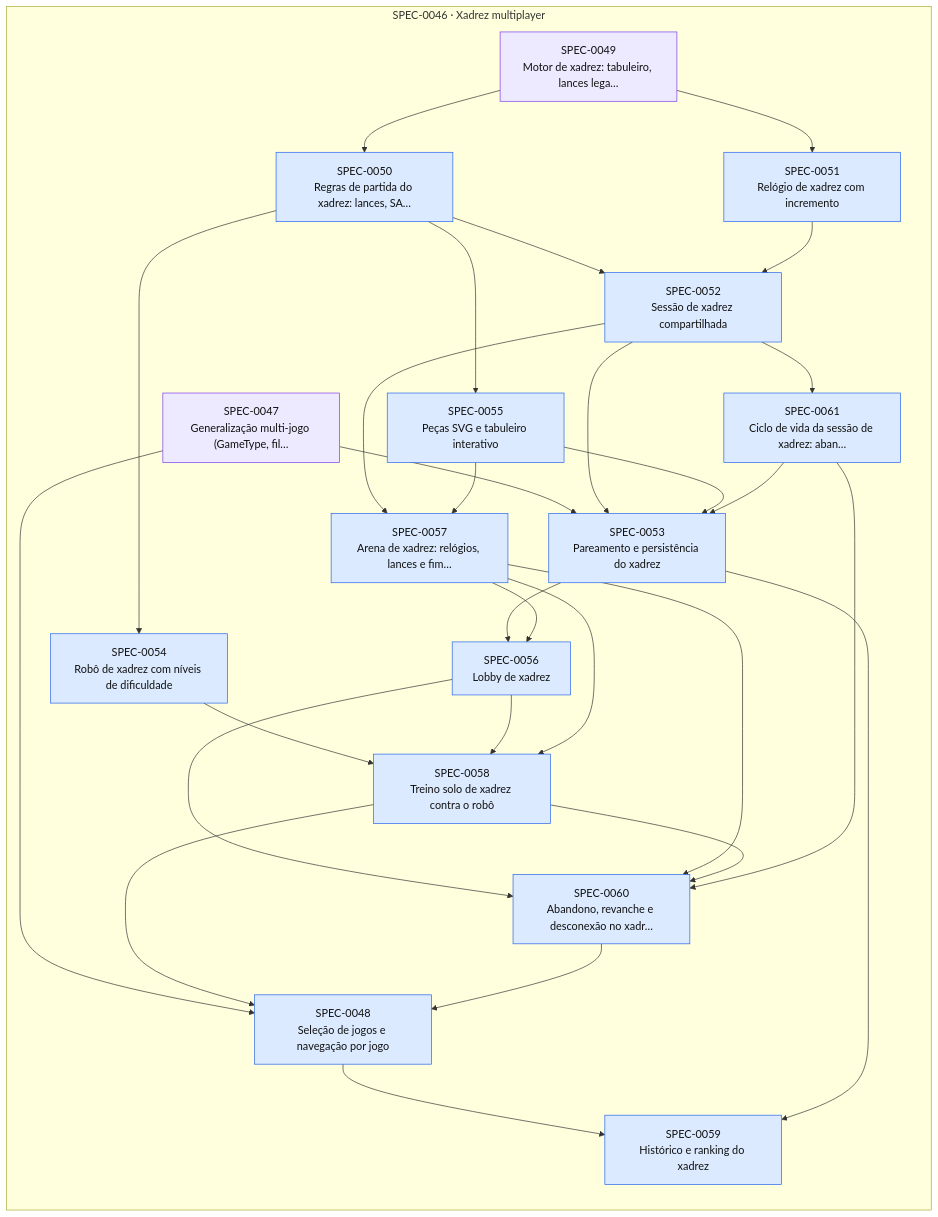
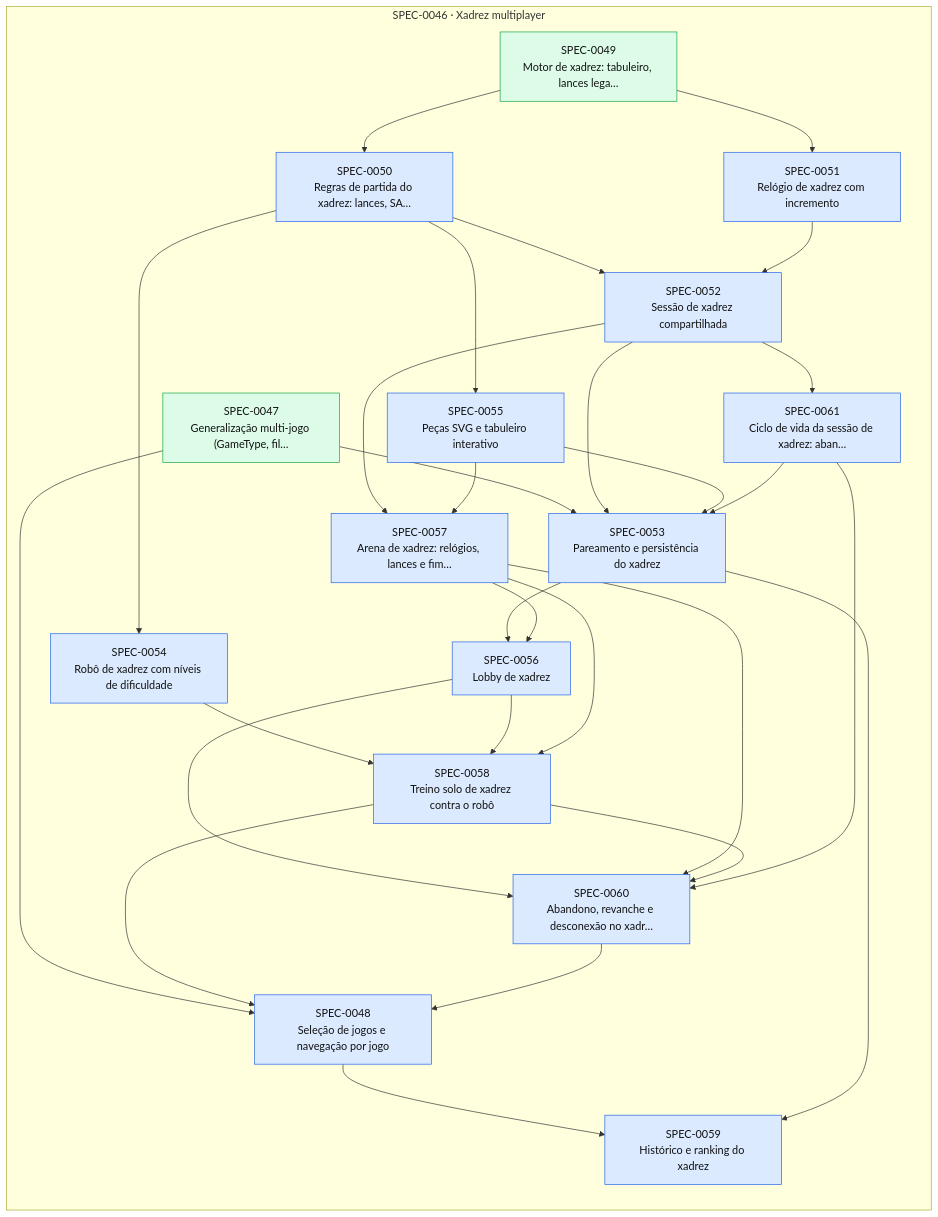
Before and after one commit to thomasravache/jogo-da-velha-multiplayer: the diagram in docs/specs/INDEX.md, drawn with Mermaid. The commit also changed other lines of this file and 3 other files, not shown here.

````diff
--- a/docs/specs/INDEX.md
+++ b/docs/specs/INDEX.md
@@ -51,52 +49,52 @@
 ```mermaid
 flowchart LR
   subgraph E0046["SPEC-0046 · Xadrez multiplayer"]
-    S0047["SPEC-0047<br/>Generalização multi-jogo (GameType, fil…"]:::inprogress
+    S0047["SPEC-0047<br/>Generalização multi-jogo (GameType, fil…"]:::implemented
     S0048["SPEC-0048<br/>Seleção de jogos e navegação por jogo"]:::approved
-    S0049["SPEC-0049<br/>Motor de xadrez: tabuleiro, lances lega…"]:::inprogress
+    S0049["SPEC-0049<br/>Motor de xadrez: tabuleiro, lances lega…"]:::implemented
     S0050["SPEC-0050<br/>Regras de partida do xadrez: lances, SA…"]:::approved
     S0051["SPEC-0051<br/>Relógio de xadrez com incremento"]:::approved
     S0052["SPEC-0052<br/>Sessão de xadrez compartilhada"]:::approved
     S0053["SPEC-0053<br/>Pareamento e persistência do xadrez"]:::approved
     S0054["SPEC-0054<br/>Robô de xadrez com níveis de dificuldade"]:::approved
     S0055["SPEC-0055<br/>Peças SVG e tabuleiro interativo"]:::approved
     S0056["SPEC-0056<br/>Lobby de xadrez"]:::approved
     S0057["SPEC-0057<br/>Arena de xadrez: relógios, lances e fim…"]:::approved
     S0058["SPEC-0058<br/>Treino solo de xadrez contra o robô"]:::approved
     S0059["SPEC-0059<br/>Histórico e ranking do xadrez"]:::approved
     S0060["SPEC-0060<br/>Abandono, revanche e desconexão no xadr…"]:::approved
     S0061["SPEC-0061<br/>Ciclo de vida da sessão de xadrez: aban…"]:::approved
   end
   S0047 --> S0048
   S0058 --> S0048
   S0060 --> S0048
   S0049 --> S0050
   S0049 --> S0051
   S0050 --> S0052
   S0051 --> S0052
   S0047 --> S0053
   S0052 --> S0053
   S0055 --> S0053
   S0061 --> S0053
   S0050 --> S0054
   S0050 --> S0055
   S0053 --> S0056
   S0057 --> S0056
   S0052 --> S0057
   S0055 --> S0057
   S0054 --> S0058
   S0056 --> S0058
   S0057 --> S0058
   S0048 --> S0059
   S0053 --> S0059
   S0056 --> S0060
   S0057 --> S0060
   S0058 --> S0060
   S0061 --> S0060
   S0052 --> S0061
   classDef proposed fill:#fef3c7,stroke:#d97706,color:#111
   classDef approved fill:#dbeafe,stroke:#2563eb,color:#111
   classDef inprogress fill:#ede9fe,stroke:#7c3aed,color:#111
   classDef implemented fill:#dcfce7,stroke:#16a34a,color:#111
   classDef deprecated fill:#f3f4f6,stroke:#9ca3af,color:#6b7280
 ```
````
